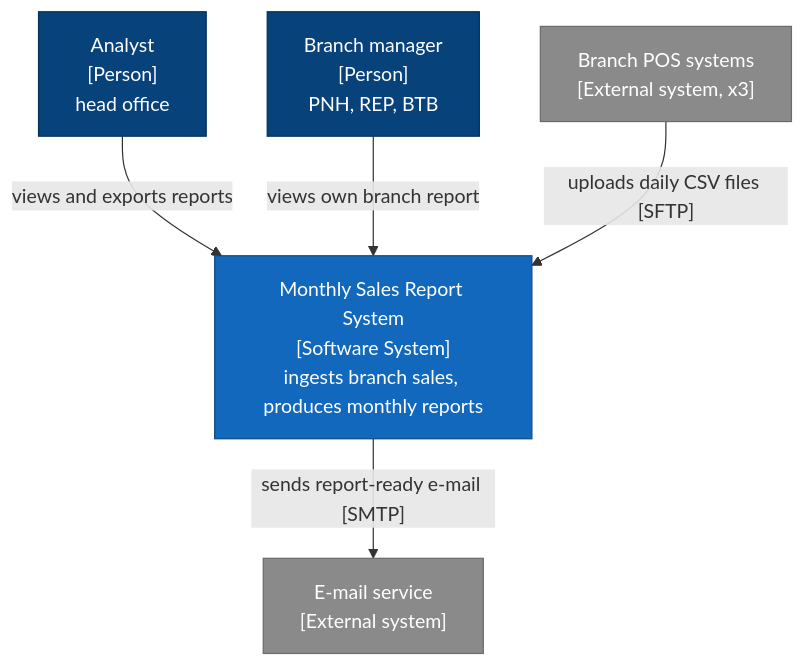
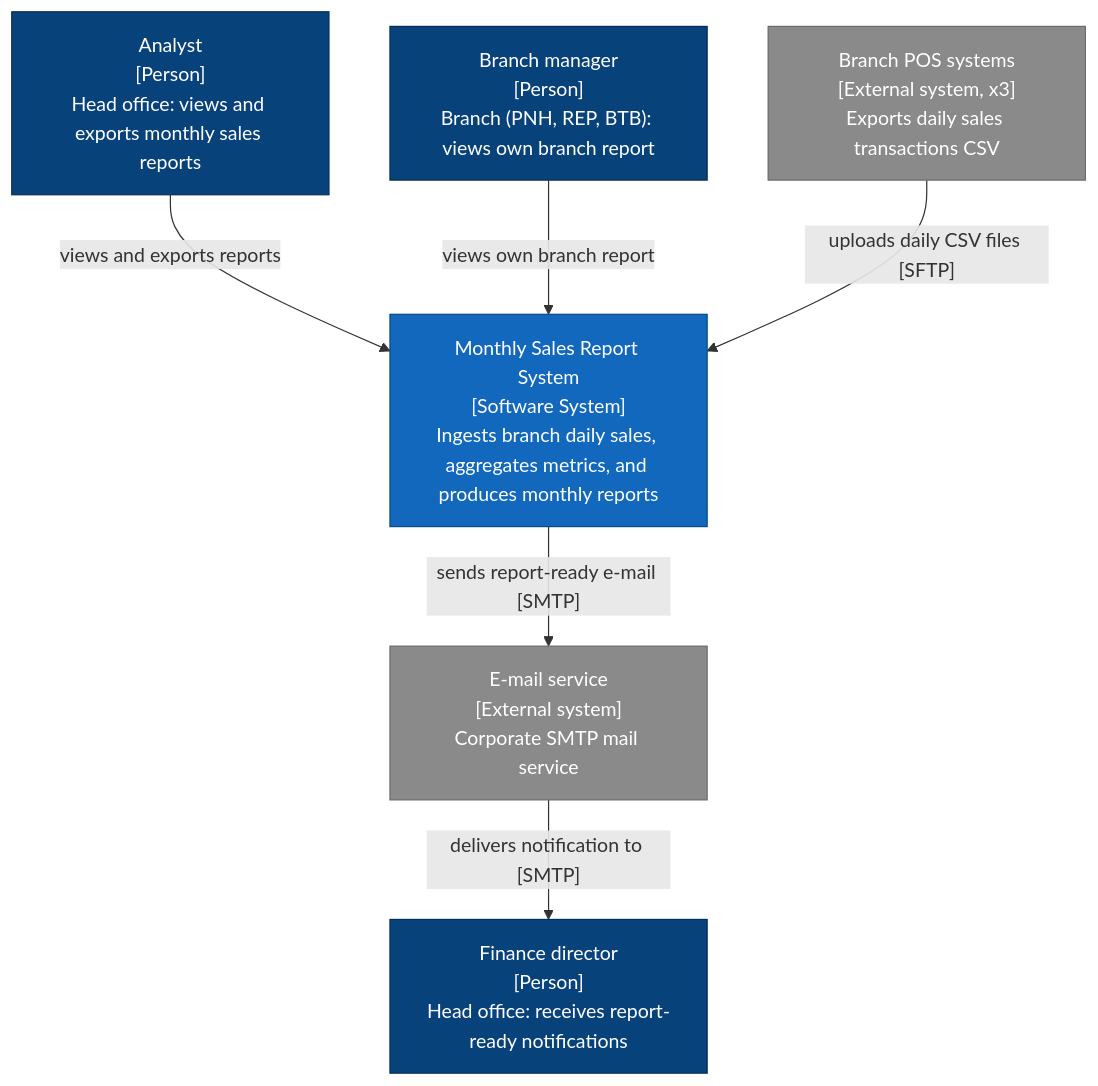
Before and after one commit to wasd-qec/sales-report-Team11: the diagram in lab01/c4-context.mmd, drawn with Mermaid. The commit also changed 6 other files, not shown here.

```diff
--- a/lab01/c4-context.mmd
+++ b/lab01/c4-context.mmd
@@ -1,18 +1,22 @@
 flowchart TB
-  analyst["Analyst<br/>[Person]<br/>head office"]:::person
-  manager["Branch manager<br/>[Person]<br/>PNH, REP, BTB"]:::person
-  sys["Monthly Sales Report System<br/>[Software System]<br/>ingests branch sales, produces monthly reports"]:::system
-  pos["Branch POS systems<br/>[External system, x3]"]:::external
-  mail["E-mail service<br/>[External system]"]:::external
+  analyst["Analyst<br/>[Person]<br/>Head office: views and exports monthly sales reports"]:::person
+  manager["Branch manager<br/>[Person]<br/>Branch (PNH, REP, BTB): views own branch report"]:::person
+  director["Finance director<br/>[Person]<br/>Head office: receives report-ready notifications"]:::person
+
+  sys["Monthly Sales Report System<br/>[Software System]<br/>Ingests branch daily sales, aggregates metrics, and produces monthly reports"]:::system
+
+  pos["Branch POS systems<br/>[External system, x3]<br/>Exports daily sales transactions CSV"]:::external
+  mail["E-mail service<br/>[External system]<br/>Corporate SMTP mail service"]:::external
 
   analyst -- "views and exports reports" --> sys
   manager -- "views own branch report" --> sys
   pos -- "uploads daily CSV files [SFTP]" --> sys
   sys -- "sends report-ready e-mail [SMTP]" --> mail
+  mail -- "delivers notification to [SMTP]" --> director
 
   classDef person fill:#08427b,color:#ffffff,stroke:#052e56
   classDef system fill:#1168bd,color:#ffffff,stroke:#0b4884
   classDef external fill:#8a8a8a,color:#ffffff,stroke:#6b6b6b
 
 %% Container diagram: copy this file to c4-container.mmd and replace sys with
 %% subgraph boundary["Monthly Sales Report System"] ... end holding the containers.
```
